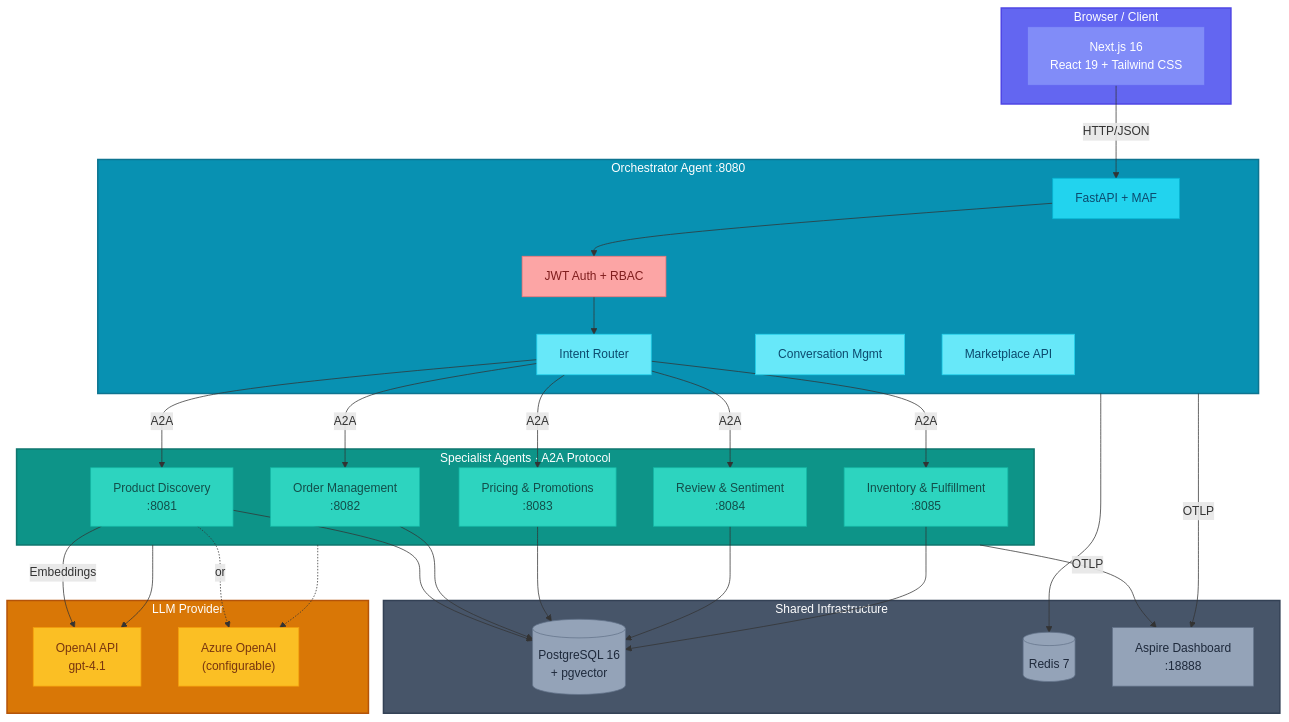
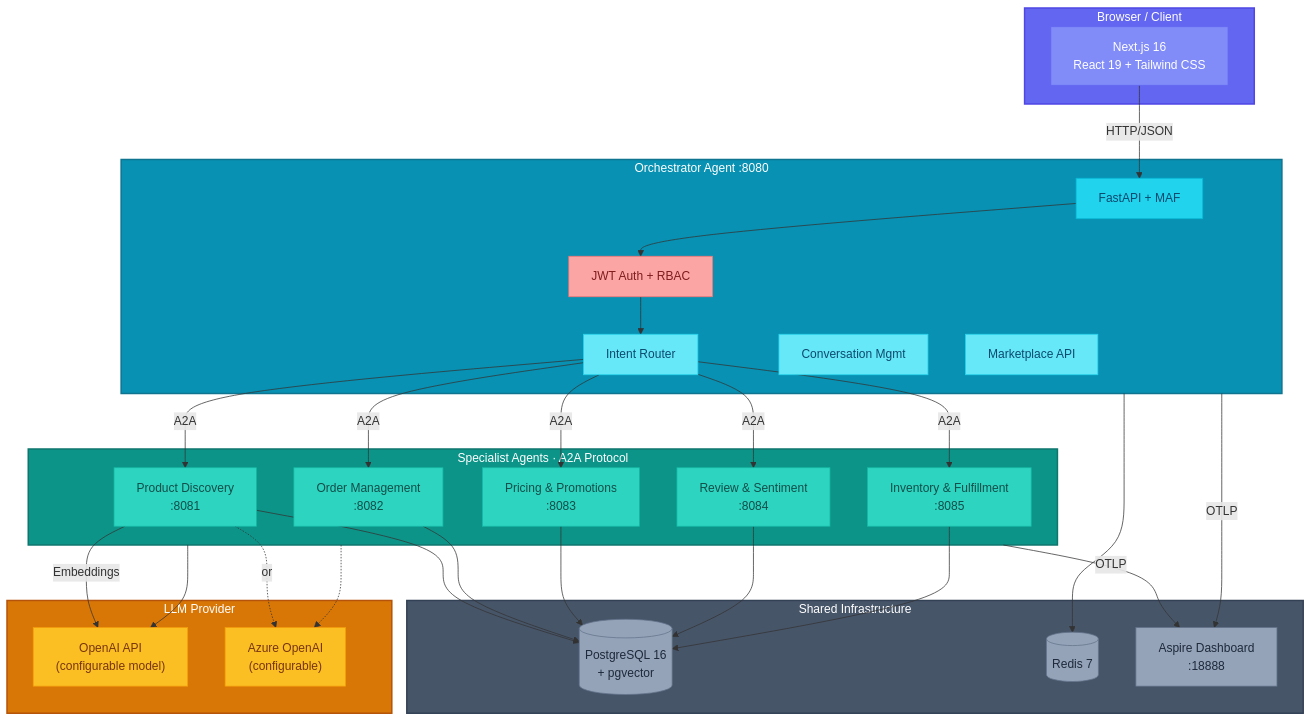
Before and after one commit to nitin27may/e-commerce-agents: the diagram in README.md, drawn with Mermaid. The commit also changed other lines of this file and 34 other files, not shown here.

```diff
--- a/README.md
+++ b/README.md
@@ -288,7 +284,7 @@
     end
 
     subgraph LLM["LLM Provider"]
-        OAI["OpenAI API<br/>gpt-4.1"]
+        OAI["OpenAI API<br/>(configurable model)"]
         AZ["Azure OpenAI<br/>(configurable)"]
     end
 
```
